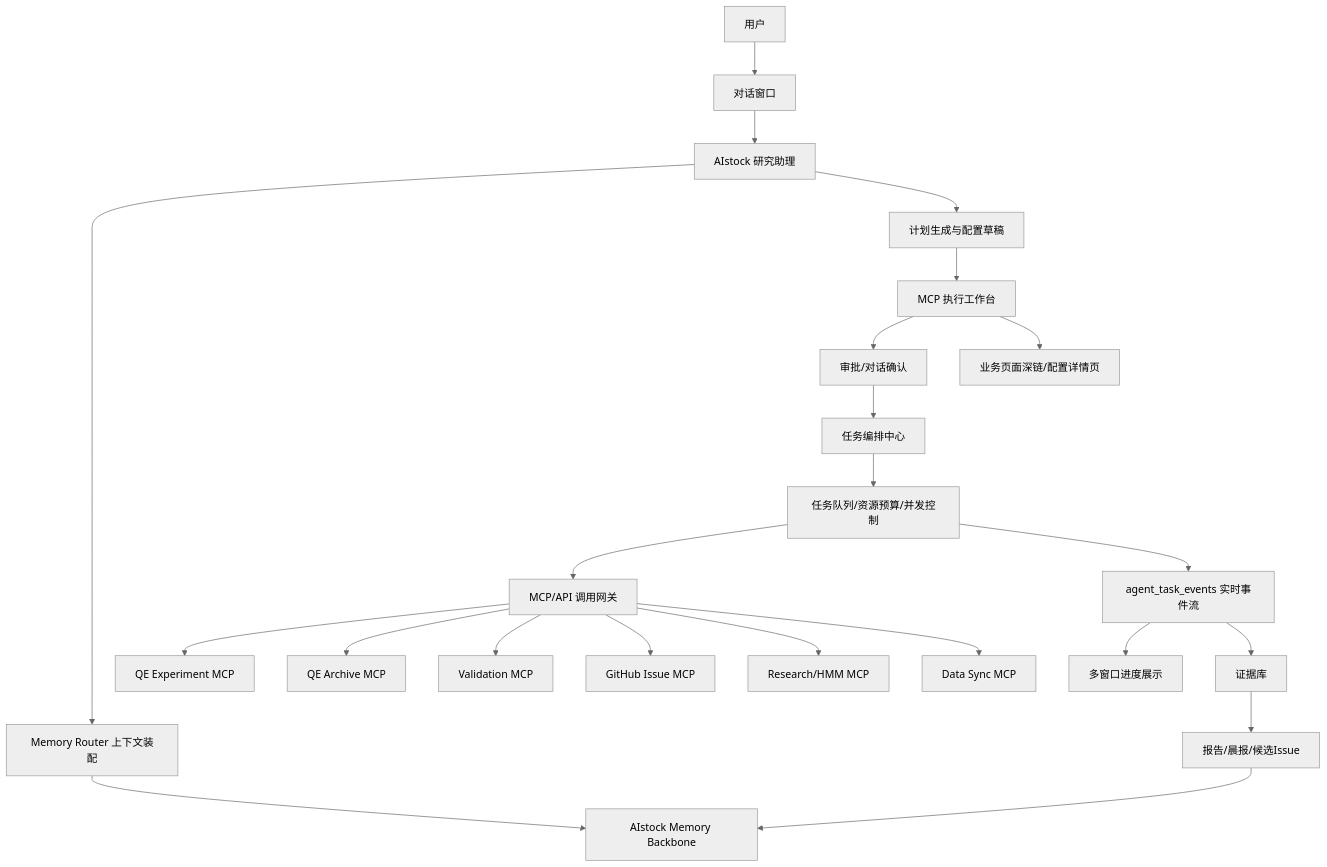
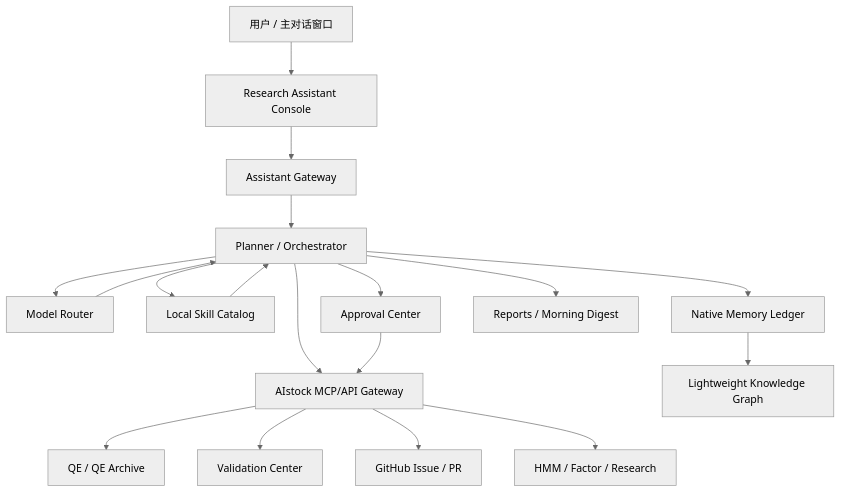
One commit to licong01-cloud/AIstock changed the first of 2 diagrams in docs/architecture/aistock_research_agent_console_design_20260520.md. Above: the diagram before and after it, drawn with Mermaid (neutral theme). The commit also changed other lines of this file and 1 other file, not shown here.

Commit message:
docs(research): finalize assistant console design

````diff
--- a/docs/architecture/aistock_research_agent_console_design_20260520.md
+++ b/docs/architecture/aistock_research_agent_console_design_20260520.md
@@ -140,27 +58,20 @@
 ```mermaid
 flowchart TD
-    User["用户"] --> Chat["对话窗口"]
-    Chat --> Assistant["AIstock 研究助理"]
-    Assistant --> MemoryRouter["Memory Router 上下文装配"]
-    MemoryRouter --> MemoryBackbone["AIstock Memory Backbone"]
-    Assistant --> Planner["计划生成与配置草稿"]
-    Planner --> Workbench["MCP 执行工作台"]
-    Workbench --> Approval["审批/对话确认"]
-    Approval --> Orchestrator["任务编排中心"]
-    Orchestrator --> Queue["任务队列/资源预算/并发控制"]
-    Queue --> MCPGateway["MCP/API 调用网关"]
-
-    MCPGateway --> QEExp["QE Experiment MCP"]
-    MCPGateway --> QEArchive["QE Archive MCP"]
-    MCPGateway --> Validation["Validation MCP"]
-    MCPGateway --> Github["GitHub Issue MCP"]
-    MCPGateway --> Research["Research/HMM MCP"]
-    MCPGateway --> DataSync["Data Sync MCP"]
-
-    Queue --> Events["agent_task_events 实时事件流"]
-    Events --> UIProgress["多窗口进度展示"]
-    Events --> Evidence["证据库"]
-    Evidence --> Report["报告/晨报/候选Issue"]
-    Report --> MemoryBackbone
-    Workbench --> DeepLinks["业务页面深链/配置详情页"]
+    User["用户 / 主对话窗口"] --> UI["Research Assistant Console"]
+    UI --> Gateway["Assistant Gateway"]
+    Gateway --> Planner["Planner / Orchestrator"]
+    Planner --> ModelRouter["Model Router"]
+    Planner --> SkillCatalog["Local Skill Catalog"]
+    Planner --> MCPGateway["AIstock MCP/API Gateway"]
+    Planner --> Memory["Native Memory Ledger"]
+    Memory --> Graph["Lightweight Knowledge Graph"]
+    MCPGateway --> QE["QE / QE Archive"]
+    MCPGateway --> Validation["Validation Center"]
+    MCPGateway --> Github["GitHub Issue / PR"]
+    MCPGateway --> HMM["HMM / Factor / Research"]
+    SkillCatalog --> Planner
+    ModelRouter --> Planner
+    Planner --> Approval["Approval Center"]
+    Approval --> MCPGateway
+    Planner --> Reports["Reports / Morning Digest"]
 ```
````
